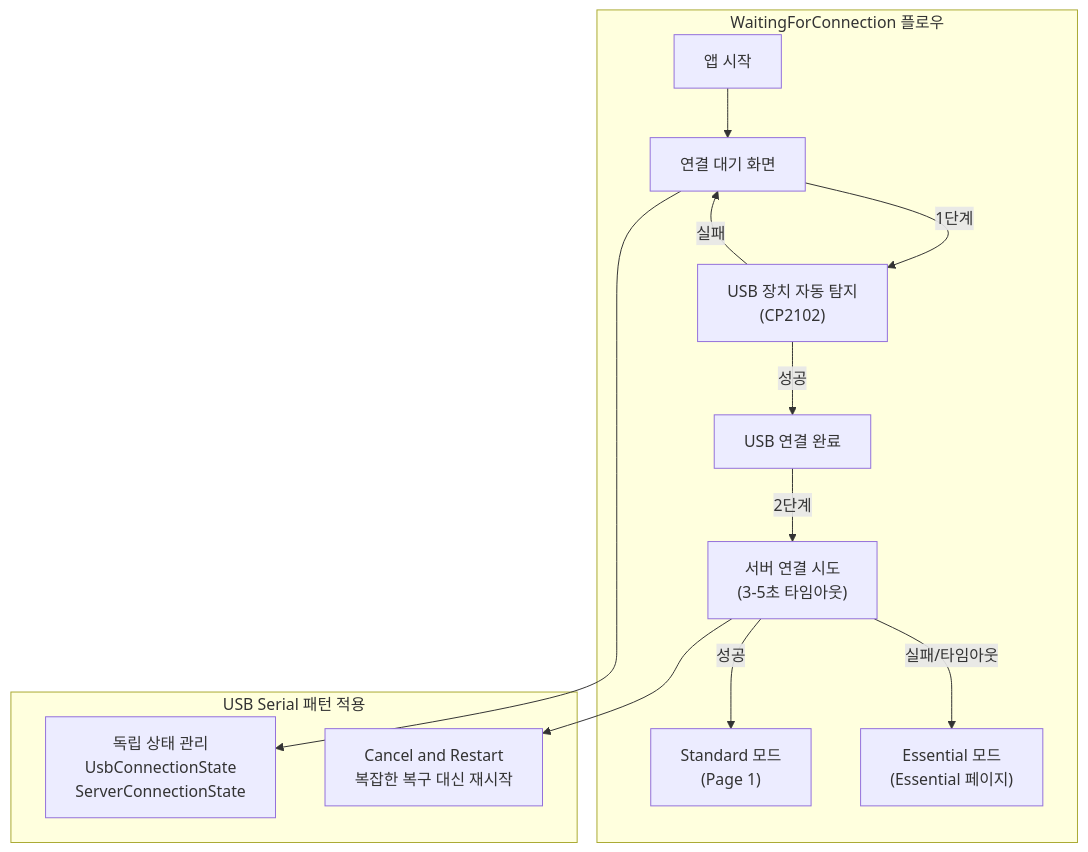
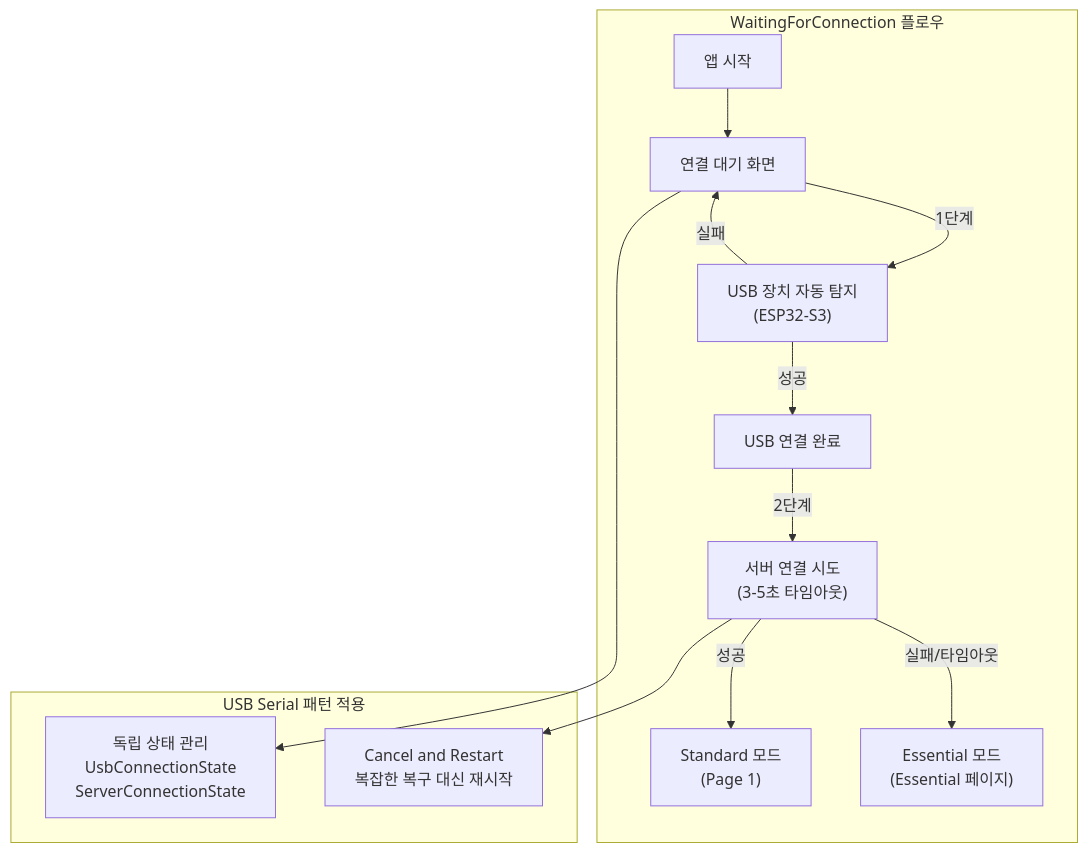
One commit to sq4567/BridgeOne changed the diagram in docs/android/design-guide-app.md. Above: the diagram before and after it, drawn with Mermaid. The commit also changed other lines of this file and 8 other files, not shown here.

````diff
--- a/docs/android/design-guide-app.md
+++ b/docs/android/design-guide-app.md
@@ -626,20 +626,20 @@
 ```mermaid
 graph TD
     subgraph "WaitingForConnection 플로우"
         App_Start["앱 시작"] --> Connection_Waiting["연결 대기 화면"]
-        Connection_Waiting -- "1단계" --> USB_Detection["USB 장치 자동 탐지<br/>(CP2102)"]
+        Connection_Waiting -- "1단계" --> USB_Detection["USB 장치 자동 탐지<br/>(ESP32-S3)"]
         USB_Detection -- "성공" --> USB_Connected["USB 연결 완료"]
         USB_Connected -- "2단계" --> Server_Search["서버 연결 시도<br/>(3-5초 타임아웃)"]
         Server_Search -- "성공" --> Normal_Page["Standard 모드<br/>(Page 1)"]
         Server_Search -- "실패/타임아웃" --> Essential_Page["Essential 모드<br/>(Essential 페이지)"]
         USB_Detection -- "실패" --> Connection_Waiting
     end
     
     subgraph "USB Serial 패턴 적용"
         Independent_States["독립 상태 관리<br/>UsbConnectionState<br/>ServerConnectionState"]
         Cancel_Restart["Cancel and Restart<br/>복잡한 복구 대신 재시작"]
     end
     
     Connection_Waiting --> Independent_States
     Server_Search --> Cancel_Restart
 ```
````
